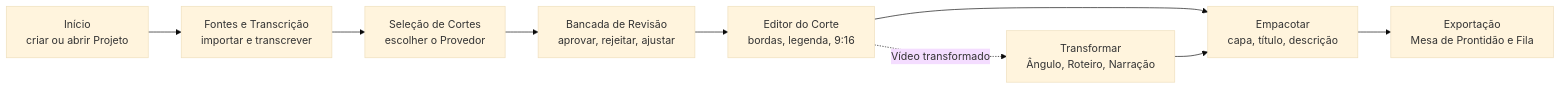
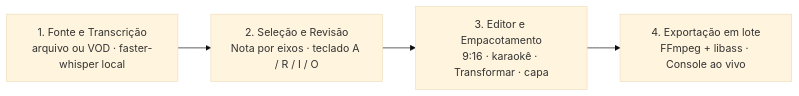
The first of 2 diagrams in README.md (GUSTAVOHOOO/clipes), drawn with Mermaid (base theme) before and after one commit. The commit also changed other lines of this file and 2 other files, not shown here.

````diff
--- a/README.md
+++ b/README.md
@@ -62,11 +66,6 @@
 ```mermaid
 flowchart LR
-    A["Início<br/>criar ou abrir Projeto"] --> B["Fontes e Transcrição<br/>importar e transcrever"]
-    B --> C["Seleção de Cortes<br/>escolher o Provedor"]
-    C --> D["Bancada de Revisão<br/>aprovar, rejeitar, ajustar"]
-    D --> E["Editor do Corte<br/>bordas, legenda, 9:16"]
-    E -. Vídeo transformado .-> F["Transformar<br/>Ângulo, Roteiro, Narração"]
-    E --> G["Empacotar<br/>capa, título, descrição"]
-    F --> G
-    G --> H["Exportação<br/>Mesa de Prontidão e Fila"]
+    A["1. Fonte e Transcrição<br/>arquivo ou VOD · faster-whisper local"] --> B["2. Seleção e Revisão<br/>Nota por eixos · teclado A / R / I / O"]
+    B --> C["3. Editor e Empacotamento<br/>9:16 · karaokê · Transformar · capa"]
+    C --> D["4. Exportação em lote<br/>FFmpeg + libass · Console ao vivo"]
 ```
````
